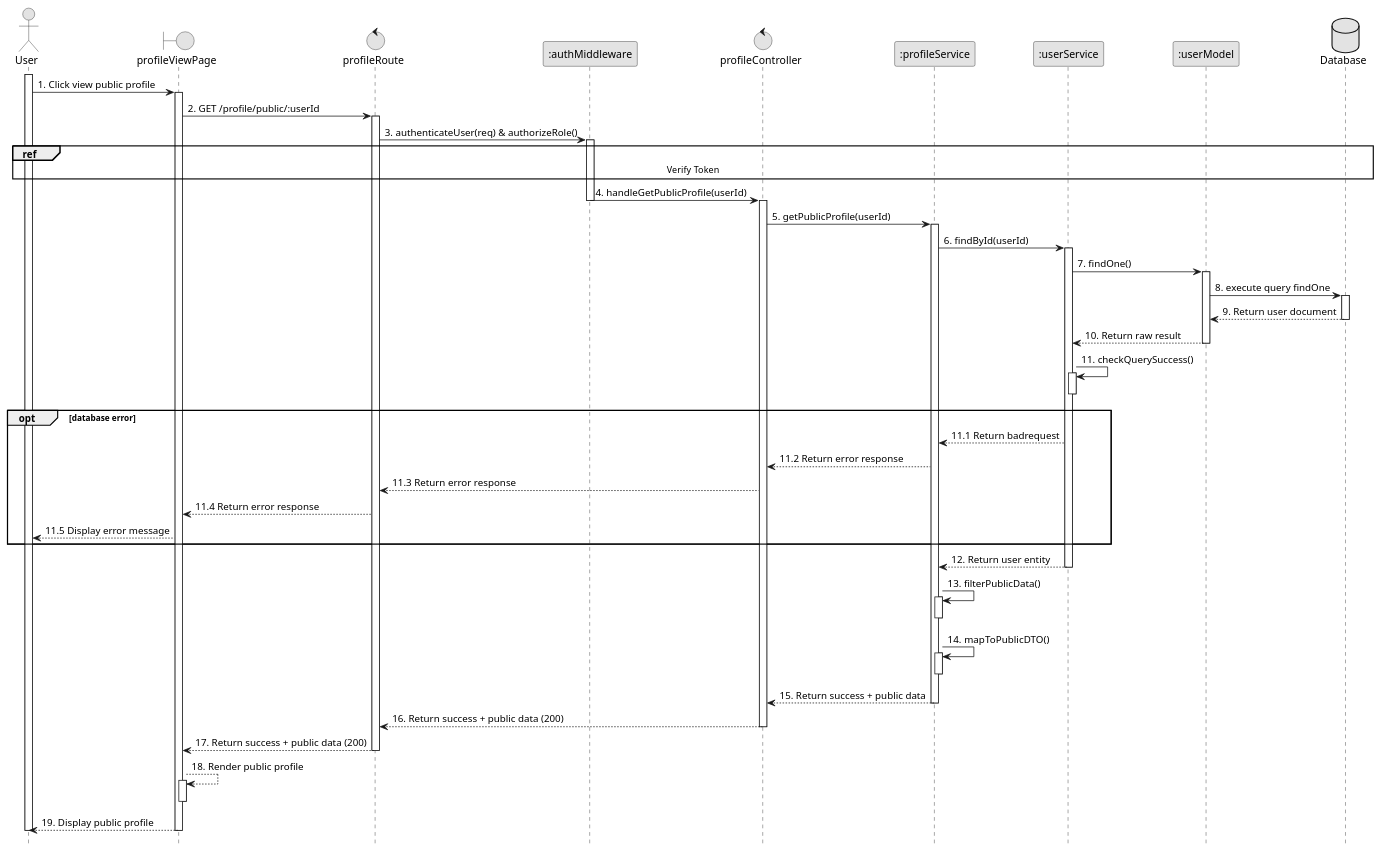
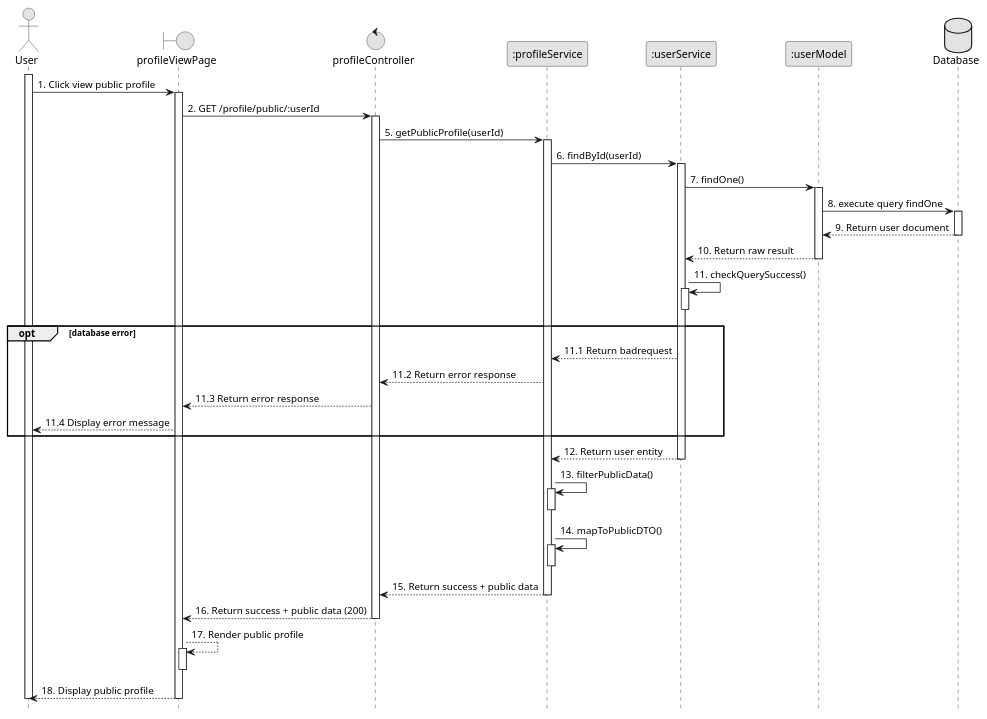
One commit to VietDurian/VietDurian changed the diagram in planuml/web/9.3_viewPublicProfile.puml. Above: the diagram before and after it, drawn with PlantUML. The commit also changed 39 other files, not shown here.

Commit message:
ViVLT: Add sequence diagram

```diff
--- a/planuml/web/9.3_viewPublicProfile.puml
+++ b/planuml/web/9.3_viewPublicProfile.puml
@@ -1,71 +1,60 @@
 @startuml 9.3_viewPublicProfile
 skinparam monochrome true
 skinparam shadowing false
 skinparam sequenceArrowThickness 1
 hide footbox
 
 actor User
 boundary profileViewPage as UI
-control profileRoute as Route
-participant ":authMiddleware" as AuthMiddleware
 control profileController as Controller
 participant ":profileService" as ProfileService
 participant ":userService" as UserService
 participant ":userModel" as UserModel
 database Database as DB
 
 activate User
 User -> UI : 1. Click view public profile
 activate UI
-UI -> Route : 2. GET /profile/public/:userId 
-activate Route
-Route -> AuthMiddleware : 3. authenticateUser(req) & authorizeRole()
-activate AuthMiddleware
-ref over User, DB: Verify Token
-AuthMiddleware -> Controller : 4. handleGetPublicProfile(userId)
-deactivate AuthMiddleware
+UI -> Controller : 2. GET /profile/public/:userId 
 activate Controller
 Controller -> ProfileService : 5. getPublicProfile(userId)
 activate ProfileService
 ProfileService -> UserService : 6. findById(userId)
 activate UserService
 UserService -> UserModel : 7. findOne()
 activate UserModel
 UserModel -> DB : 8. execute query findOne
 activate DB
 DB --> UserModel : 9. Return user document
 deactivate DB
 UserModel --> UserService : 10. Return raw result
 deactivate UserModel
 UserService -> UserService : 11. checkQuerySuccess()
 activate UserService
 deactivate UserService
 opt database error
     UserService --> ProfileService : 11.1 Return badrequest
     ProfileService --> Controller : 11.2 Return error response
-    Controller --> Route : 11.3 Return error response
-    Route --> UI : 11.4 Return error response
-    UI --> User : 11.5 Display error message
+    Controller --> UI : 11.3 Return error response
+    UI --> User : 11.4 Display error message
 end
 UserService --> ProfileService : 12. Return user entity
 deactivate UserService
 ProfileService -> ProfileService : 13. filterPublicData()
 activate ProfileService
 deactivate ProfileService
 ProfileService -> ProfileService : 14. mapToPublicDTO()
 activate ProfileService
 deactivate ProfileService
 ProfileService --> Controller : 15. Return success + public data
 deactivate ProfileService
-Controller --> Route : 16. Return success + public data (200)
+Controller --> UI : 16. Return success + public data (200)
 deactivate Controller
-Route --> UI : 17. Return success + public data (200)
-deactivate Route
-UI --> UI : 18. Render public profile
+UI --> UI : 17. Render public profile
 activate UI
 deactivate UI
-UI --> User : 19. Display public profile
+UI --> User : 18. Display public profile
 deactivate UI
 deactivate User
 
 @enduml
```
